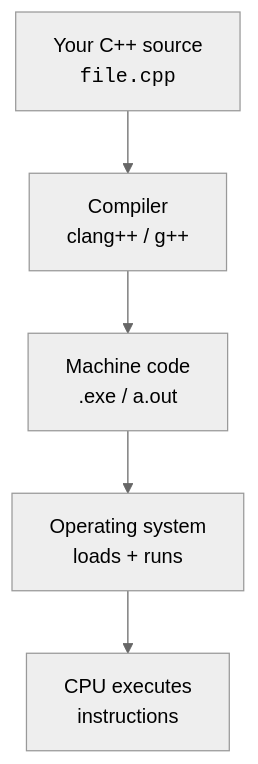
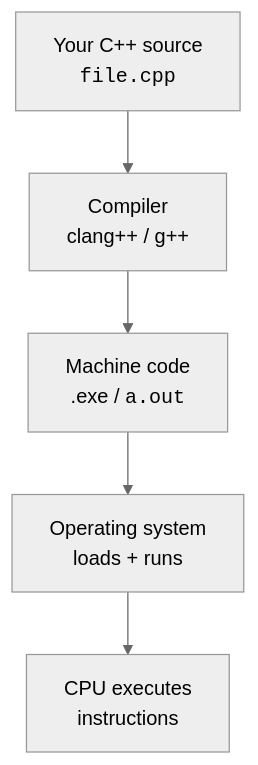
One commit to dataslope/dataslope changed the diagram in content/courses/from-zero-to-cpp/index.mdx. Above: the diagram before and after it, drawn with Mermaid (neutral theme). The commit also changed 65 other files, not shown here.

First line of the commit message:
Set code in every mermaid label in the mono face

````diff
--- a/content/courses/from-zero-to-cpp/index.mdx
+++ b/content/courses/from-zero-to-cpp/index.mdx
@@ -75,7 +75,7 @@
 ```mermaid
 flowchart TD
     A["Your C++ source<br/><code>file.cpp</code>"] --> B[Compiler<br/>clang++ / g++]
-    B --> C[Machine code<br/>.exe / a.out]
+    B --> C["Machine code<br/>.exe / <code>a.out</code>"]
     C --> D[Operating system<br/>loads + runs]
     D --> E[CPU executes<br/>instructions]
 ```
````
